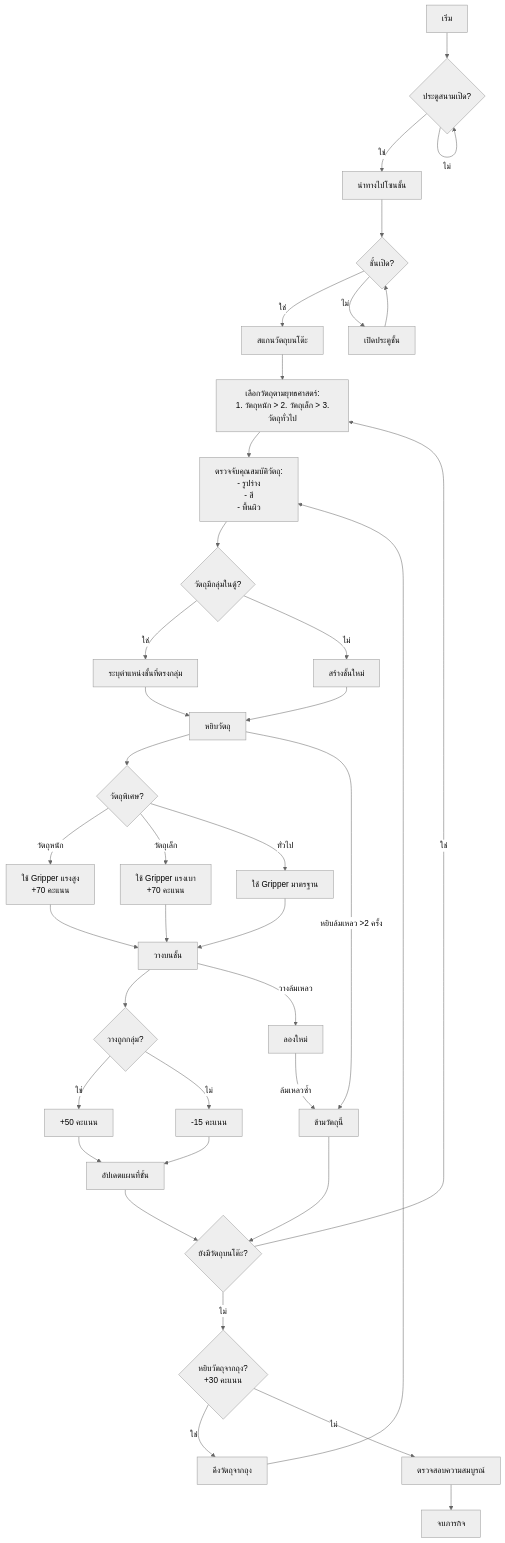
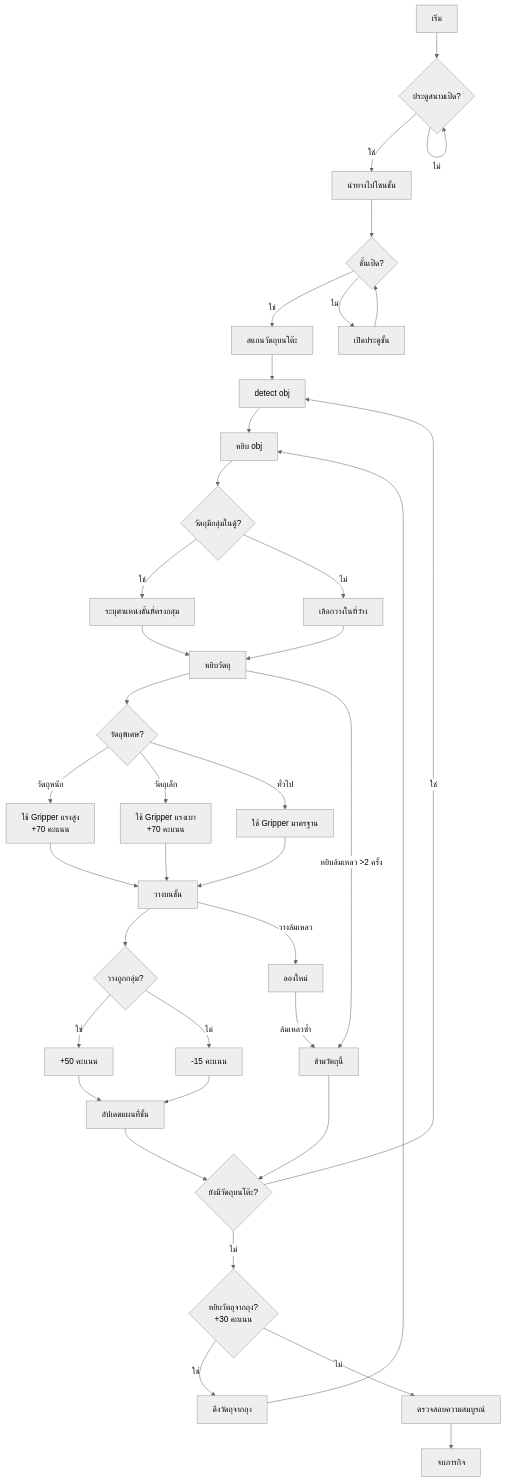
The diagram in StoringGroceries.md (NapatzZ/state-robocup), drawn with Mermaid (neutral theme) before and after one commit.

````diff
--- a/StoringGroceries.md
+++ b/StoringGroceries.md
@@ -1,53 +1,53 @@
 ```mermaid
 flowchart TD
     A[เริ่ม] --> B{ประตูสนามเปิด?}
     B -->|ใช่| C[นำทางไปโซนชั้น]
     B -->|ไม่| B
     
     C --> D{ชั้นเปิด?}
     D -->|ใช่| E[สแกนวัตถุบนโต๊ะ]
     D -->|ไม่| F[เปิดประตูชั้น]
     F --> D
     
-    E --> G[เลือกวัตถุตามยุทธศาสตร์:\n 1. วัตถุหนัก > 2. วัตถุเล็ก > 3. วัตถุทั่วไป]
-    G --> H[ตรวจจับคุณสมบัติวัตถุ:\n - รูปร่าง\n - สี\n - พื้นผิว]
+    E --> G[detect obj]
+    G --> H[หยิบ obj]
     
     H --> I{วัตถุมีกลุ่มในตู้?}
     I -->|ใช่| J[ระบุตำแหน่งชั้นที่ตรงกลุ่ม]
-    I -->|ไม่| K[สร้างชั้นใหม่]
+    I -->|ไม่| K[เลือกวางในที่ว่่าง]
     
     J --> L[หยิบวัตถุ]
     K --> L
     
     L --> M{วัตถุพิเศษ?}
     M -->|วัตถุหนัก| N[ใช้ Gripper แรงสูง \n +70 คะแนน]
     M -->|วัตถุเล็ก| O[ใช้ Gripper แรงเบา \n +70 คะแนน]
     M -->|ทั่วไป| P[ใช้ Gripper มาตรฐาน]
     
     N --> Q[วางบนชั้น]
     O --> Q
     P --> Q
     
     Q --> R{วางถูกกลุ่ม?}
     R -->|ใช่| S[+50 คะแนน]
     R -->|ไม่| T[-15 คะแนน]
     
     S --> U[อัปเดตแผนที่ชั้น]
     T --> U
     
     U --> V{ยังมีวัตถุบนโต๊ะ?}
     V -->|ใช่| G
     V -->|ไม่| W{หยิบวัตถุจากถุง? \n +30 คะแนน}
     
     W -->|ใช่| X[ดึงวัตถุจากถุง]
     X --> H
     W -->|ไม่| Y[ตรวจสอบความสมบูรณ์]
     
     Y --> Z[จบภารกิจ]
     
     %% Error handling
     L -->|หยิบล้มเหลว >2 ครั้ง| L1[ข้ามวัตถุนี้]
     L1 --> V
     Q -->|วางล้มเหลว| Q1[ลองใหม่]
     Q1 -->|ล้มเหลวซ้ำ| L1
 ```
````
